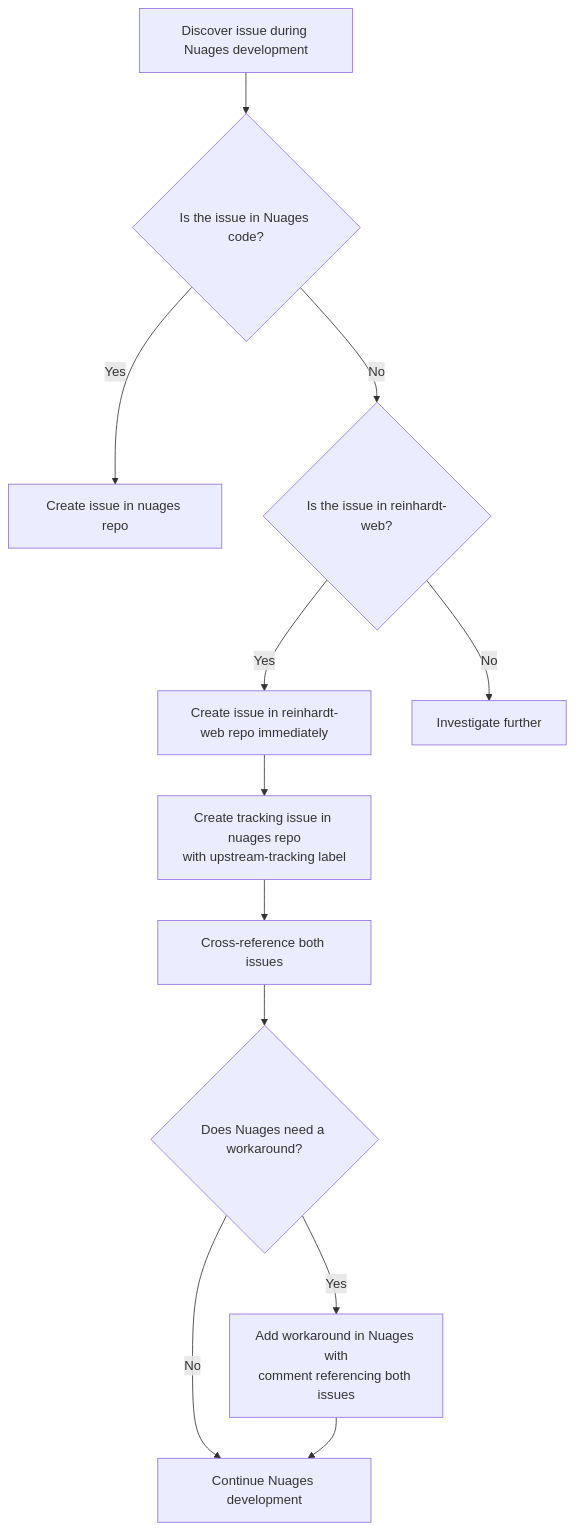
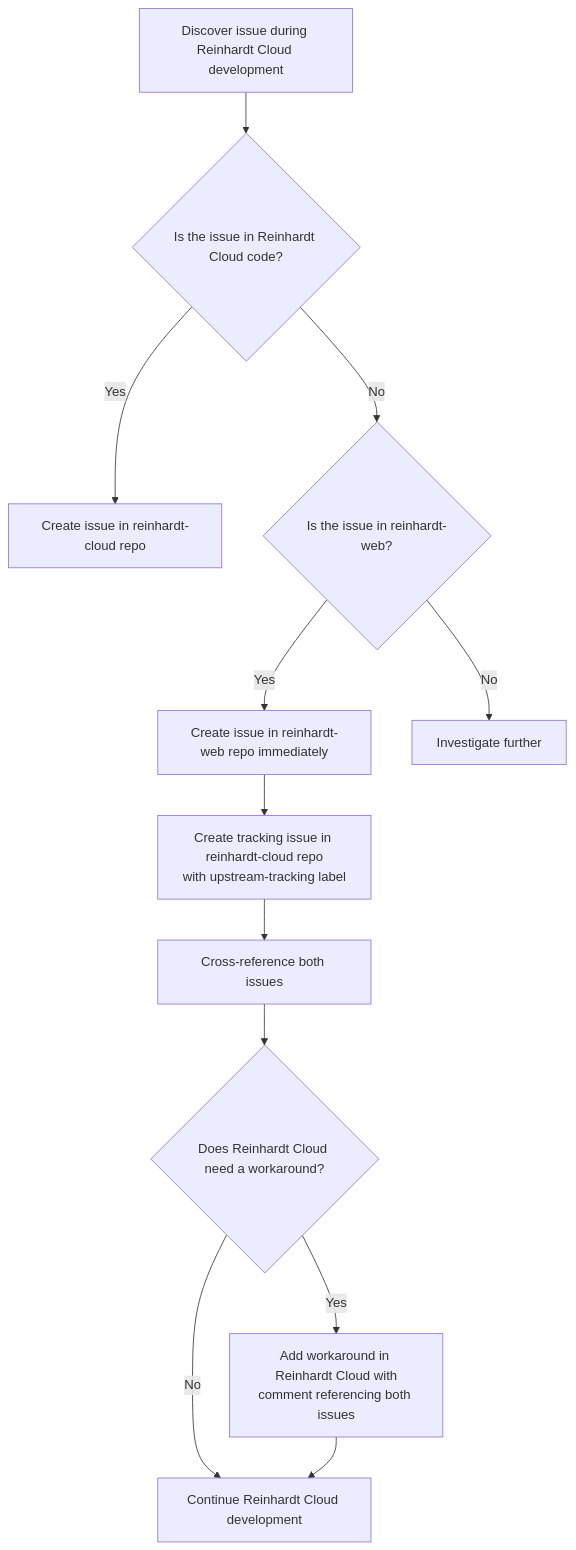
Before and after one commit to kent8192/reinhardt-cloud: the first of 2 diagrams in instructions/UPSTREAM_ISSUE_REPORTING.md, drawn with Mermaid. The commit also changed other lines of this file and 15 other files, not shown here.

Commit message:
docs: update all documentation references from nuages to reinhardt-cloud

````diff
--- a/instructions/UPSTREAM_ISSUE_REPORTING.md
+++ b/instructions/UPSTREAM_ISSUE_REPORTING.md
@@ -36,14 +36,14 @@
 ```mermaid
 flowchart TD
-    A[Discover issue during Nuages development] --> B{Is the issue in Nuages code?}
-    B -->|Yes| C[Create issue in nuages repo]
+    A[Discover issue during Reinhardt Cloud development] --> B{Is the issue in Reinhardt Cloud code?}
+    B -->|Yes| C[Create issue in reinhardt-cloud repo]
     B -->|No| D{Is the issue in reinhardt-web?}
     D -->|Yes| E[Create issue in reinhardt-web repo immediately]
     D -->|No| F[Investigate further]
-    E --> E2["Create tracking issue in nuages repo<br/>with upstream-tracking label"]
+    E --> E2["Create tracking issue in reinhardt-cloud repo<br/>with upstream-tracking label"]
     E2 --> E3["Cross-reference both issues"]
-    E3 --> G{Does Nuages need a workaround?}
-    G -->|Yes| H["Add workaround in Nuages with<br/>comment referencing both issues"]
-    G -->|No| I[Continue Nuages development]
+    E3 --> G{Does Reinhardt Cloud need a workaround?}
+    G -->|Yes| H["Add workaround in Reinhardt Cloud with<br/>comment referencing both issues"]
+    G -->|No| I[Continue Reinhardt Cloud development]
     H --> I
 ```
````
